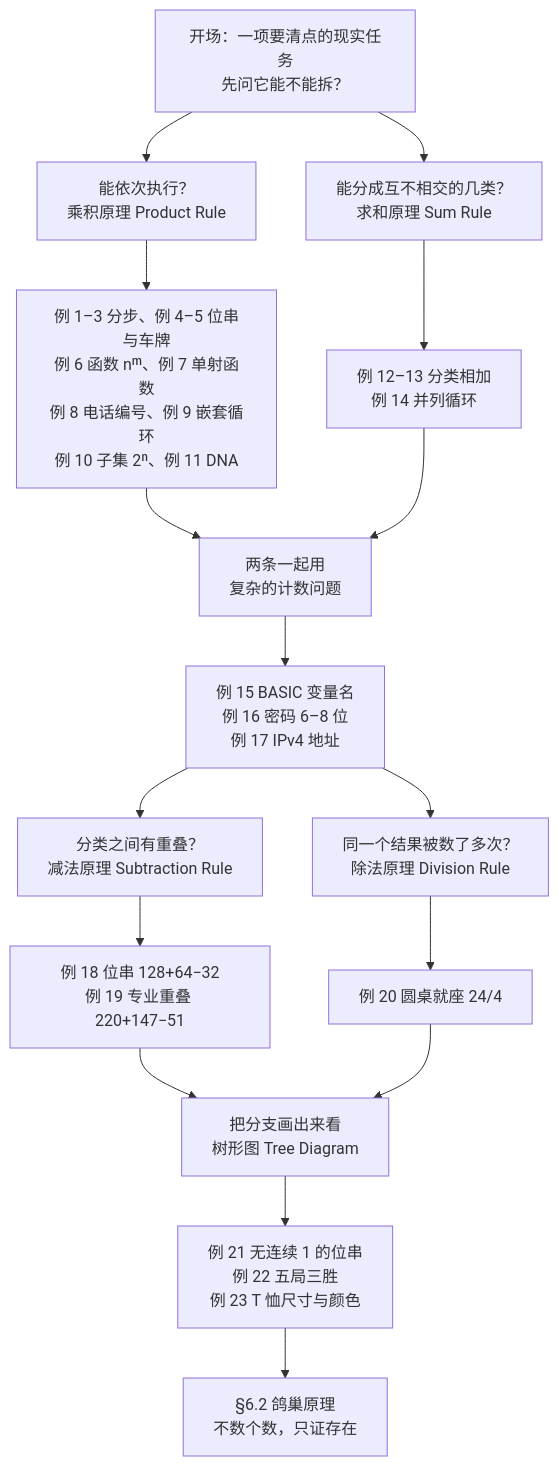
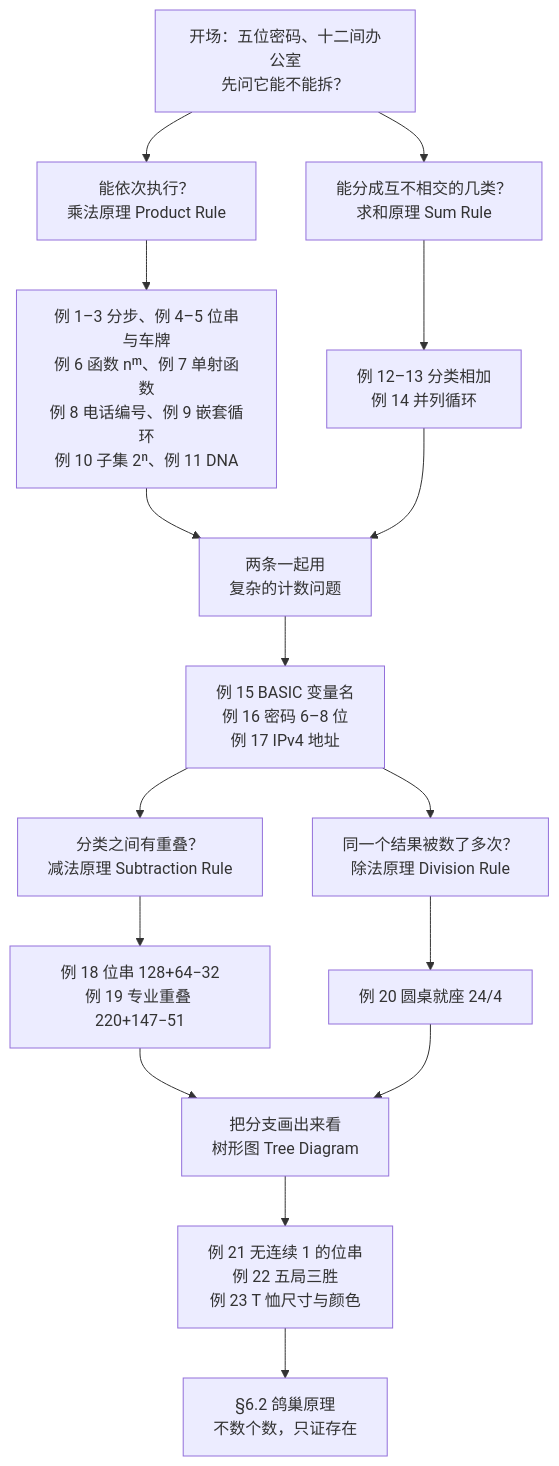
Before and after one commit to KayeAdams515/ClaudeNotes: the diagram in 离散数学/C6.1 计数基础 The Basics of Counting.md, drawn with Mermaid. The commit also changed other lines of this file and 777 other files, not shown here.

````diff
--- a/离散数学/C6.1 计数基础 The Basics of Counting.md
+++ b/离散数学/C6.1 计数基础 The Basics of Counting.md
@@ -40,18 +41,18 @@
 ```mermaid
 graph TD
-    A["开场：一项要清点的现实任务<br/>先问它能不能拆？"] --> B["能依次执行？<br/>乘积原理 Product Rule"]
+    A["开场：五位密码、十二间办公室<br/>先问它能不能拆？"] --> B["能依次执行？<br/>乘法原理 Product Rule"]
     A --> C["能分成互不相交的几类？<br/>求和原理 Sum Rule"]
     B --> B1["例 1–3 分步、例 4–5 位串与车牌<br/>例 6 函数 nᵐ、例 7 单射函数<br/>例 8 电话编号、例 9 嵌套循环<br/>例 10 子集 2ⁿ、例 11 DNA"]
     C --> C1["例 12–13 分类相加<br/>例 14 并列循环"]
     B1 --> D["两条一起用<br/>复杂的计数问题"]
     C1 --> D
     D --> D1["例 15 BASIC 变量名<br/>例 16 密码 6–8 位<br/>例 17 IPv4 地址"]
     D1 --> E["分类之间有重叠？<br/>减法原理 Subtraction Rule"]
     E --> E1["例 18 位串 128+64−32<br/>例 19 专业重叠 220+147−51"]
     D1 --> F["同一个结果被数了多次？<br/>除法原理 Division Rule"]
     F --> F1["例 20 圆桌就座 24/4"]
     E1 --> G["把分支画出来看<br/>树形图 Tree Diagram"]
     F1 --> G
     G --> G1["例 21 无连续 1 的位串<br/>例 22 五局三胜<br/>例 23 T 恤尺寸与颜色"]
     G1 --> H["§6.2 鸽巢原理<br/>不数个数，只证存在"]
 ```
````
